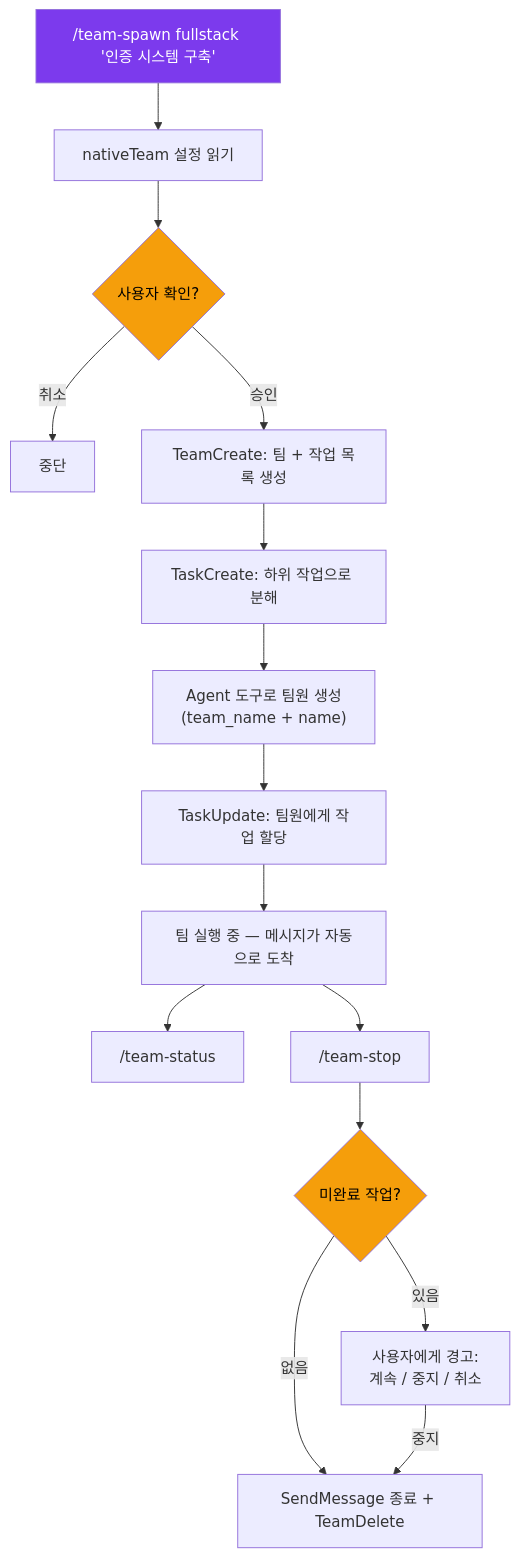
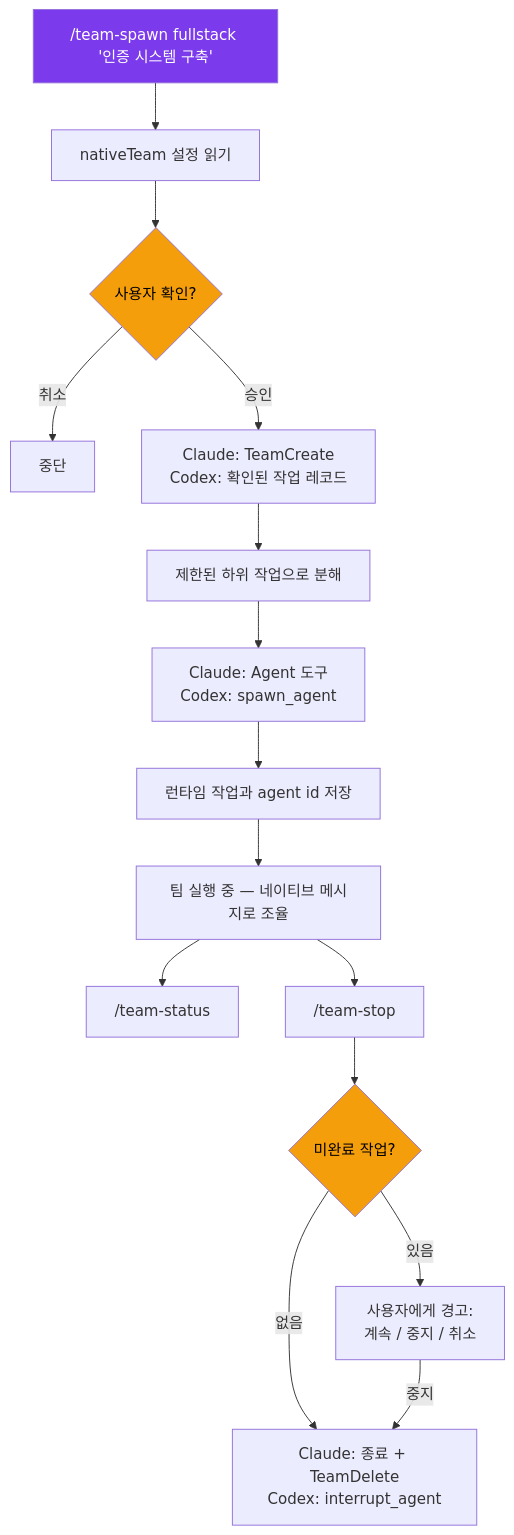
Before and after one commit to Hoya324/oh-my-harness: the third of 3 diagrams in docs/multi-agent.ko.md, drawn with Mermaid. The commit also changed other lines of this file and 20 other files, not shown here.

Commit message:
docs: document Claude and Codex support

````diff
--- a/docs/multi-agent.ko.md
+++ b/docs/multi-agent.ko.md
@@ -126,23 +141,23 @@
 ```mermaid
 graph TD
     START["/team-spawn fullstack '인증 시스템 구축'"] --> CONFIG[nativeTeam 설정 읽기]
     CONFIG --> CONFIRM{"사용자 확인?"}
     CONFIRM -->|취소| ABORT[중단]
-    CONFIRM -->|승인| CREATE["TeamCreate: 팀 + 작업 목록 생성"]
-    CREATE --> TASKS["TaskCreate: 하위 작업으로 분해"]
-    TASKS --> SPAWN["Agent 도구로 팀원 생성<br/>(team_name + name)"]
-    SPAWN --> ASSIGN["TaskUpdate: 팀원에게 작업 할당"]
-    ASSIGN --> RUNNING["팀 실행 중 — 메시지가 자동으로 도착"]
+    CONFIRM -->|승인| CREATE["Claude: TeamCreate<br/>Codex: 확인된 작업 레코드"]
+    CREATE --> TASKS["제한된 하위 작업으로 분해"]
+    TASKS --> SPAWN["Claude: Agent 도구<br/>Codex: spawn_agent"]
+    SPAWN --> ASSIGN["런타임 작업과 agent id 저장"]
+    ASSIGN --> RUNNING["팀 실행 중 — 네이티브 메시지로 조율"]
 
     RUNNING --> STATUS["/team-status"]
     RUNNING --> STOP["/team-stop"]
 
     STOP --> CHECK{"미완료 작업?"}
     CHECK -->|있음| WARN["사용자에게 경고:<br/>계속 / 중지 / 취소"]
-    CHECK -->|없음| SHUTDOWN["SendMessage 종료 + TeamDelete"]
+    CHECK -->|없음| SHUTDOWN["Claude: 종료 + TeamDelete<br/>Codex: interrupt_agent"]
     WARN -->|중지| SHUTDOWN
 
     style START fill:#7C3AED,color:#fff
     style CONFIRM fill:#f59e0b,color:#000
     style CHECK fill:#f59e0b,color:#000
 ```
````
